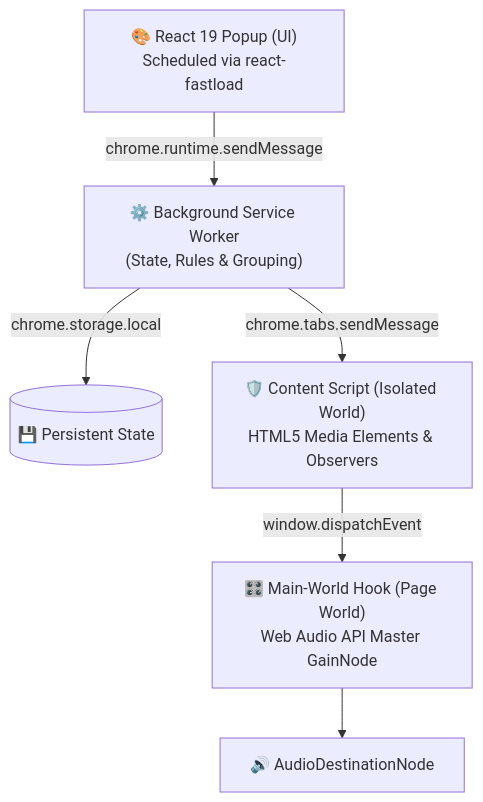
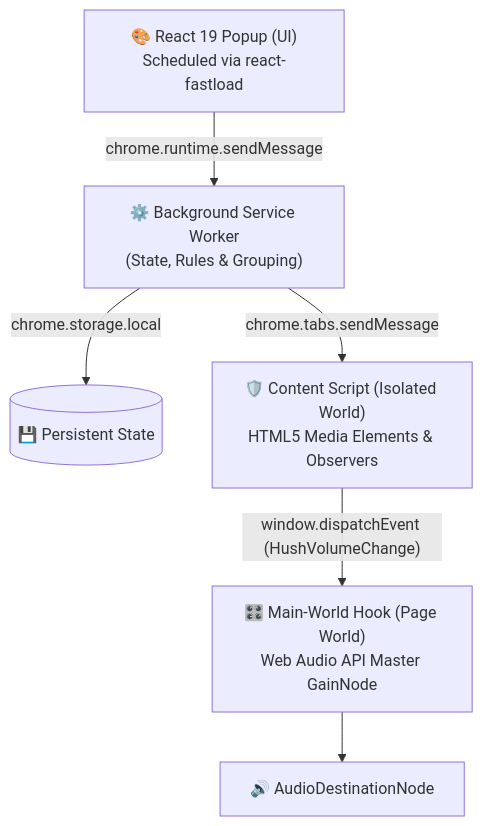
The diagram in README.md (abhishek-kumar-pundir/Hush), drawn with Mermaid before and after one commit. The commit also changed other lines of this file and 39 other files, not shown here.

````diff
--- a/README.md
+++ b/README.md
@@ -39,8 +44,8 @@
 ```mermaid
 flowchart TD
     Popup["🎨 React 19 Popup (UI)<br/>Scheduled via react-fastload"] -->|"chrome.runtime.sendMessage"| SW["⚙️ Background Service Worker<br/>(State, Rules & Grouping)"]
     SW -->|"chrome.storage.local"| Storage[("💾 Persistent State")]
     SW -->|"chrome.tabs.sendMessage"| CS["🛡️ Content Script (Isolated World)<br/>HTML5 Media Elements & Observers"]
-    CS -->|"window.dispatchEvent"| MW["🎛️ Main-World Hook (Page World)<br/>Web Audio API Master GainNode"]
+    CS -->|"window.dispatchEvent (HushVolumeChange)"| MW["🎛️ Main-World Hook (Page World)<br/>Web Audio API Master GainNode"]
     MW --> AudioDest["🔊 AudioDestinationNode"]
 ```
````
